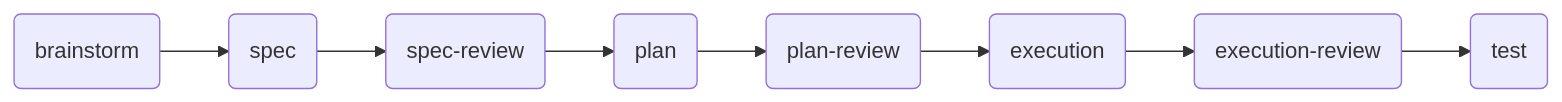
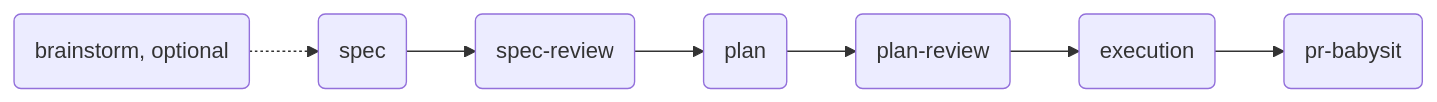
The diagram in docs/toolu/README.md (Falconiere/toolu), drawn with Mermaid before and after one commit. The commit also changed other lines of this file and 21 other files, not shown here.

````diff
--- a/docs/toolu/README.md
+++ b/docs/toolu/README.md
@@ -24,4 +26,4 @@
 ```mermaid
 flowchart LR
-    B(brainstorm) --> S(spec) --> SR(spec-review) --> P(plan) --> PR(plan-review) --> E(execution) --> ER(execution-review) --> T(test)
+    B(brainstorm, optional) -.-> S(spec) --> SR(spec-review) --> P(plan) --> PR(plan-review) --> E(execution) --> PB(pr-babysit)
 ```
````
